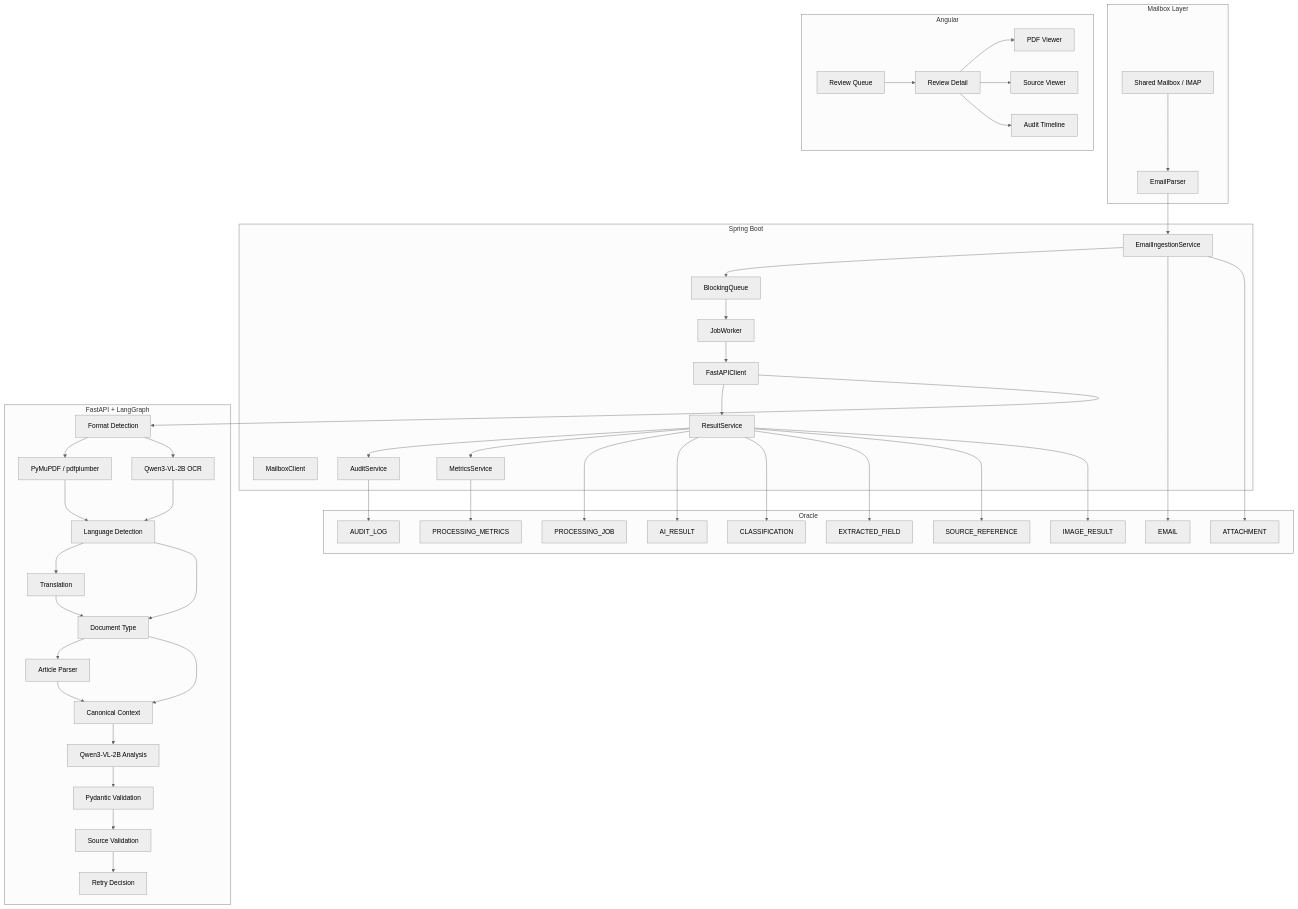
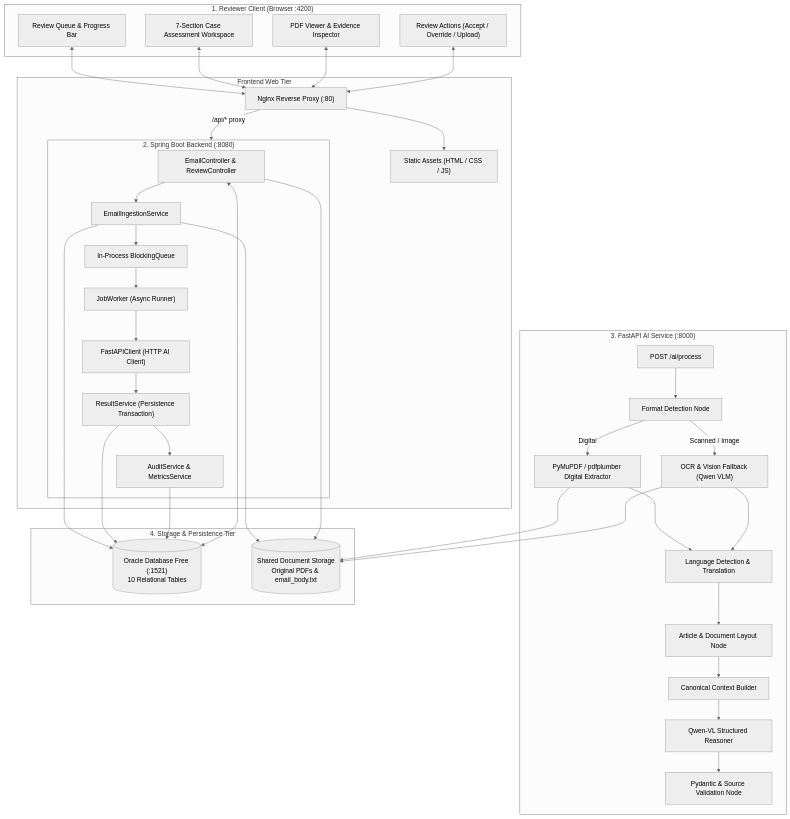
One commit to vadde-kasyap/Smart-Inbox-Assistant changed the diagram in lld.md. Above: the diagram before and after it, drawn with Mermaid (neutral theme). The commit also changed other lines of this file, not shown here.

Commit message:
docs: update LLD with current architecture, data models, APIs, and mermaid diagram

````diff
--- a/lld.md
+++ b/lld.md
@@ -716,127 +11,76 @@
 ```mermaid
 flowchart TD
+    subgraph Client["1. Reviewer Client (Browser :4200)"]
+        UI_Queue["Review Queue & Progress Bar"]
+        UI_Exec["7-Section Case Assessment Workspace"]
+        UI_Viewer["PDF Viewer & Evidence Inspector"]
+        UI_Action["Review Actions (Accept / Override / Upload)"]
+    end
 
-subgraph Mailbox["Mailbox Layer"]
-    Mail["Shared Mailbox / IMAP"]
-    Parser["EmailParser"]
-    Mail --> Parser
-end
+    subgraph NginxTier["Frontend Web Tier"]
+        Nginx["Nginx Reverse Proxy (:80)"]
+        NginxStatic["Static Assets (HTML / CSS / JS)"]
+        Nginx --> NginxStatic
+        Nginx -->|/api/* proxy| Boot
+    end
 
-subgraph Spring["Spring Boot"]
-    Ingest["EmailIngestionService"]
-    Queue["BlockingQueue"]
-    Worker["JobWorker"]
+    subgraph Boot["2. Spring Boot Backend (:8080)"]
+        EmailCtrl["EmailController & ReviewController"]
+        IngestSvc["EmailIngestionService"]
+        JobQ["In-Process BlockingQueue<Long>"]
+        Worker["JobWorker (Async Runner)"]
+        AIClient["FastAPIClient (HTTP AI Client)"]
+        ResultSvc["ResultService (Persistence Transaction)"]
+        AuditSvc["AuditService & MetricsService"]
 
-    MailboxClient["MailboxClient"]
-    FastAPIClient["FastAPIClient"]
-    ResultService["ResultService"]
-    AuditService["AuditService"]
-    MetricsService["MetricsService"]
+        EmailCtrl --> IngestSvc
+        IngestSvc --> JobQ
+        JobQ --> Worker
+        Worker --> AIClient
+        AIClient --> ResultSvc
+        ResultSvc --> AuditSvc
+    end
 
-    Parser --> Ingest
-    Ingest --> Queue
-    Queue --> Worker
-    Worker --> FastAPIClient
-    FastAPIClient --> ResultService
-    ResultService --> AuditService
-    ResultService --> MetricsService
-end
+    subgraph AIDomain["3. FastAPI AI Service (:8000)"]
+        FastAPIEndpoint["POST /ai/process"]
+        FormatNode["Format Detection Node"]
+        ExtractNode["PyMuPDF / pdfplumber Digital Extractor"]
+        OcrNode["OCR & Vision Fallback (Qwen VLM)"]
+        LangNode["Language Detection & Translation"]
+        DocTypeNode["Article & Document Layout Node"]
+        CanonNode["Canonical Context Builder"]
+        VlmNode["Qwen-VL Structured Reasoner"]
+        ValNode["Pydantic & Source Validation Node"]
 
-subgraph Database["Oracle"]
-    EmailDB["EMAIL"]
-    AttachDB["ATTACHMENT"]
-    JobDB["PROCESSING_JOB"]
-    AIResultDB["AI_RESULT"]
-    ClassDB["CLASSIFICATION"]
-    FieldDB["EXTRACTED_FIELD"]
-    SourceDB["SOURCE_REFERENCE"]
-    ImageDB["IMAGE_RESULT"]
-    MetricsDB["PROCESSING_METRICS"]
-    AuditDB["AUDIT_LOG"]
-end
+        FastAPIEndpoint --> FormatNode
+        FormatNode -->|Digital| ExtractNode
+        FormatNode -->|Scanned / Image| OcrNode
+        ExtractNode --> LangNode
+        OcrNode --> LangNode
+        LangNode --> DocTypeNode
+        DocTypeNode --> CanonNode
+        CanonNode --> VlmNode
+        VlmNode --> ValNode
+    end
 
-Ingest --> EmailDB
-Ingest --> AttachDB
-ResultService --> JobDB
-ResultService --> AIResultDB
-ResultService --> ClassDB
-ResultService --> FieldDB
-ResultService --> SourceDB
-ResultService --> ImageDB
-MetricsService --> MetricsDB
-AuditService --> AuditDB
+    subgraph Persistence["4. Storage & Persistence Tier"]
+        OracleDB[("Oracle Database Free (:1521)<br/>10 Relational Tables")]
+        VolStorage[("Shared Document Storage<br/>Original PDFs & email_body.txt")]
+    end
 
-subgraph AI["FastAPI + LangGraph"]
+    %% Storage Connections
+    IngestSvc --> VolStorage
+    IngestSvc --> OracleDB
+    ResultSvc --> OracleDB
+    AuditSvc --> OracleDB
+    EmailCtrl <--> OracleDB
+    EmailCtrl --> VolStorage
+    ExtractNode --> VolStorage
+    OcrNode --> VolStorage
 
-    Format["Format Detection"]
-
-    Digital["PyMuPDF / pdfplumber"]
-
-    OCR["Qwen3-VL-2B OCR"]
-
-    Language["Language Detection"]
-
-    Translate["Translation"]
-
-    DocType["Document Type"]
-
-    Article["Article Parser"]
-
-    Canonical["Canonical Context"]
-
-    Qwen["Qwen3-VL-2B Analysis"]
-
-    Validate["Pydantic Validation"]
-
-    Source["Source Validation"]
-
-    Retry["Retry Decision"]
-
-    Format --> Digital
-    Format --> OCR
-
-    Digital --> Language
-    OCR --> Language
-
-    Language --> Translate
-    Language --> DocType
-
-    Translate --> DocType
-
-    DocType --> Article
-    DocType --> Canonical
-
-    Article --> Canonical
-
-    Canonical --> Qwen
-
-    Qwen --> Validate
-
-    Validate --> Source
-
-    Source --> Retry
-end
-
-FastAPIClient --> Format
-
-subgraph UI["Angular"]
-
-    QueueUI["Review Queue"]
-
-    DetailUI["Review Detail"]
-
-    Viewer["PDF Viewer"]
-
-    SourceUI["Source Viewer"]
-
-    AuditUI["Audit Timeline"]
-
-    QueueUI --> DetailUI
-
-    DetailUI --> Viewer
-
-    DetailUI --> SourceUI
-
-    DetailUI --> AuditUI
-end
+    %% UI Connections
+    UI_Queue <--> Nginx
+    UI_Exec <--> Nginx
+    UI_Viewer <--> Nginx
+    UI_Action <--> Nginx
 ```
````
